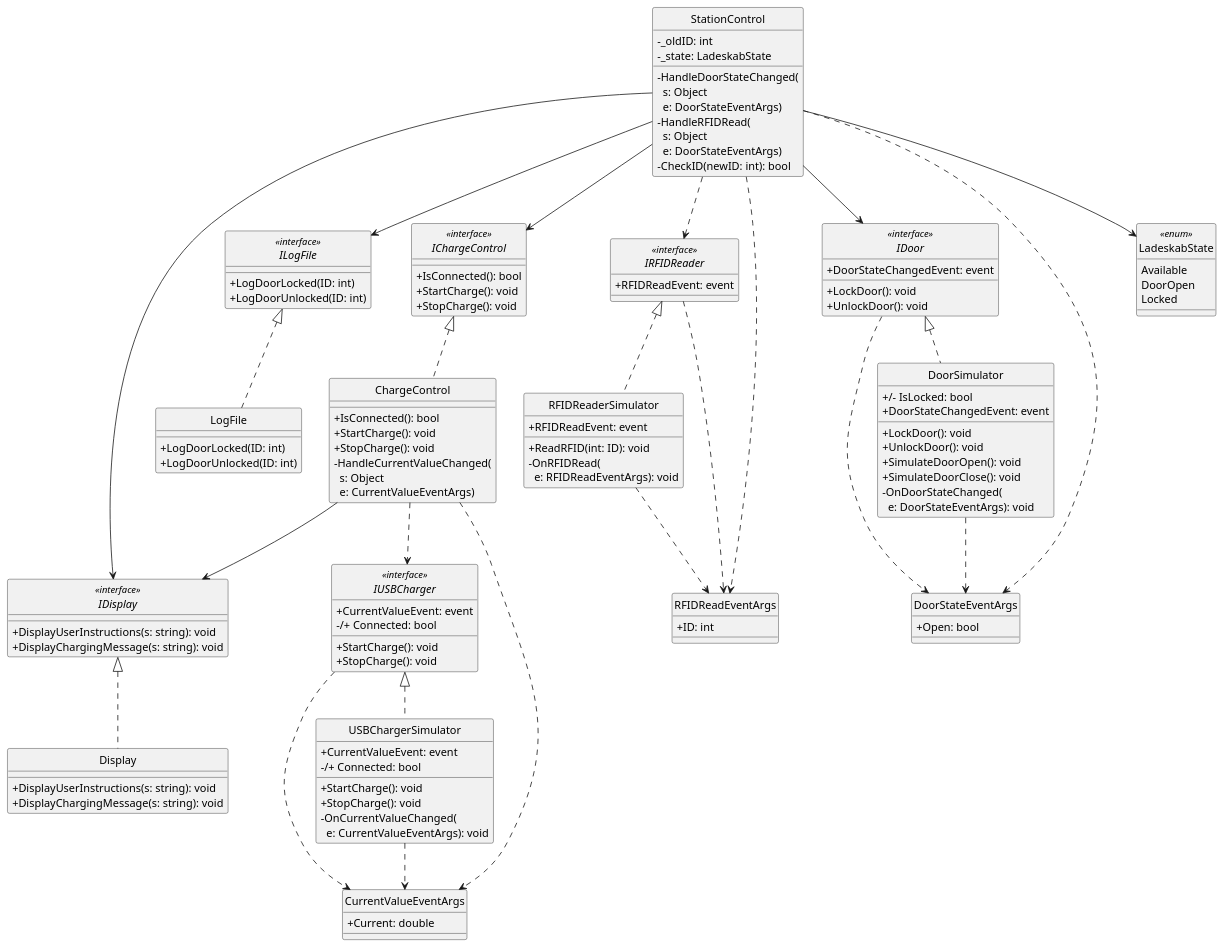
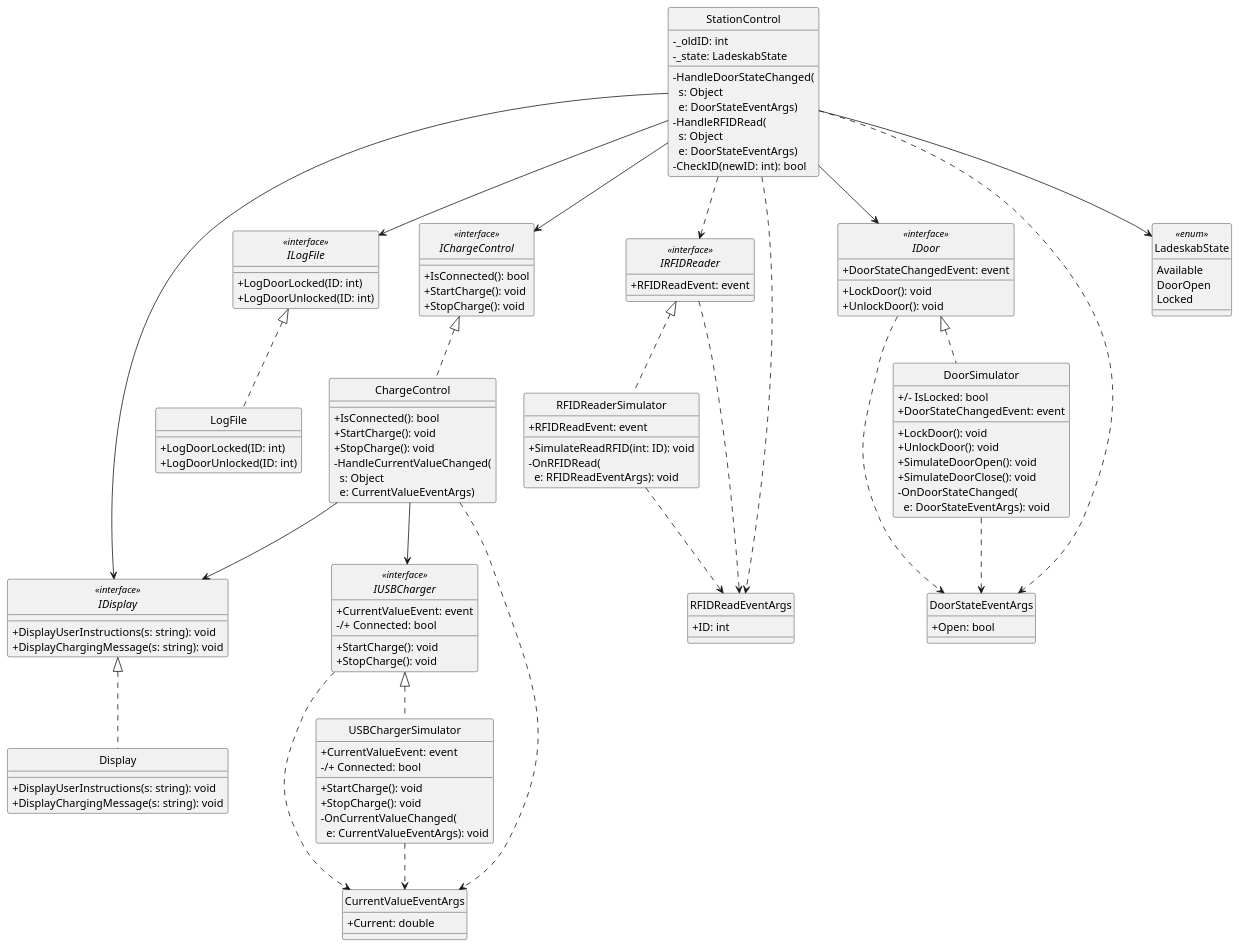
Before and after one commit to Yoda92/Aflevering2: the diagram in UML/ClassDiagram.puml, drawn with PlantUML. The commit also changed 3 other files, not shown here.

```diff
--- a/UML/ClassDiagram.puml
+++ b/UML/ClassDiagram.puml
@@ -1,130 +1,130 @@
 @startuml
 hide circle
 skinparam classAttributeIconSize 0
 
 interface IDoor <<interface>> {
     + DoorStateChangedEvent: event
     + LockDoor(): void
     + UnlockDoor(): void
 }
 
 class DoorSimulator {
     +/- IsLocked: bool
     + DoorStateChangedEvent: event
     + LockDoor(): void
     + UnlockDoor(): void
     + SimulateDoorOpen(): void
     + SimulateDoorClose(): void
     - OnDoorStateChanged(\n  e: DoorStateEventArgs): void
 }
 
 class DoorStateEventArgs {
     + Open: bool
 }
 
 interface IRFIDReader <<interface>>{
     + RFIDReadEvent: event
 }
 
 class RFIDReaderSimulator {
     + RFIDReadEvent: event
-    + ReadRFID(int: ID): void
+    + SimulateReadRFID(int: ID): void
     - OnRFIDRead(\n  e: RFIDReadEventArgs): void
 }
 
 class RFIDReadEventArgs {
     + ID: int
 }
 
 class StationControl {
     - _oldID: int
     - _state: LadeskabState
     - HandleDoorStateChanged(\n  s: Object\n  e: DoorStateEventArgs)
     - HandleRFIDRead(\n  s: Object\n  e: DoorStateEventArgs)
     - CheckID(newID: int): bool
 }
 
 enum LadeskabState <<enum>>{
     Available
     DoorOpen
     Locked
 }
 
 interface IUSBCharger <<interface>>{
     + CurrentValueEvent: event
     + StartCharge(): void
     + StopCharge(): void
     -/+ Connected: bool
 }
 
 class CurrentValueEventArgs {
     + Current: double
 }
 
 
 class USBChargerSimulator {
     + CurrentValueEvent: event
     + StartCharge(): void
     + StopCharge(): void
     - OnCurrentValueChanged(\n  e: CurrentValueEventArgs): void
     -/+ Connected: bool
 }
 
 interface IChargeControl <<interface>>{
     + IsConnected(): bool
     + StartCharge(): void
     + StopCharge(): void
 }
 
 class ChargeControl {
     + IsConnected(): bool
     + StartCharge(): void
     + StopCharge(): void
     - HandleCurrentValueChanged(\n  s: Object\n  e: CurrentValueEventArgs)
 }
 
 interface IDisplay <<interface>>{
     + DisplayUserInstructions(s: string): void
     + DisplayChargingMessage(s: string): void
 }
 
 class Display {
     + DisplayUserInstructions(s: string): void
     + DisplayChargingMessage(s: string): void
 }
 
 interface ILogFile <<interface>>{
     + LogDoorLocked(ID: int)
     + LogDoorUnlocked(ID: int)
 }
 
 class LogFile {
     + LogDoorLocked(ID: int)
     + LogDoorUnlocked(ID: int)
 }
 
 
 DoorSimulator .up.|> IDoor
 StationControl --> IDoor
 RFIDReaderSimulator .up.|> IRFIDReader
 RFIDReaderSimulator ..> RFIDReadEventArgs
 IRFIDReader ..> RFIDReadEventArgs
 StationControl ..> IRFIDReader
 USBChargerSimulator .up.|> IUSBCharger
 USBChargerSimulator ..> CurrentValueEventArgs
 IUSBCharger ..> CurrentValueEventArgs
-ChargeControl ..> IUSBCharger
+ChargeControl --> IUSBCharger
 StationControl --> IChargeControl
 ChargeControl .up.|> IChargeControl
 LogFile .up.|> ILogFile
 StationControl --> ILogFile
 Display .up.|> IDisplay
 StationControl --> IDisplay
 ChargeControl --> IDisplay 
 StationControl --> LadeskabState
 StationControl ..> RFIDReadEventArgs
 StationControl ..> DoorStateEventArgs
 IDoor ..> DoorStateEventArgs
 DoorSimulator ..> DoorStateEventArgs 
 ChargeControl ..> CurrentValueEventArgs
 @enduml
```
